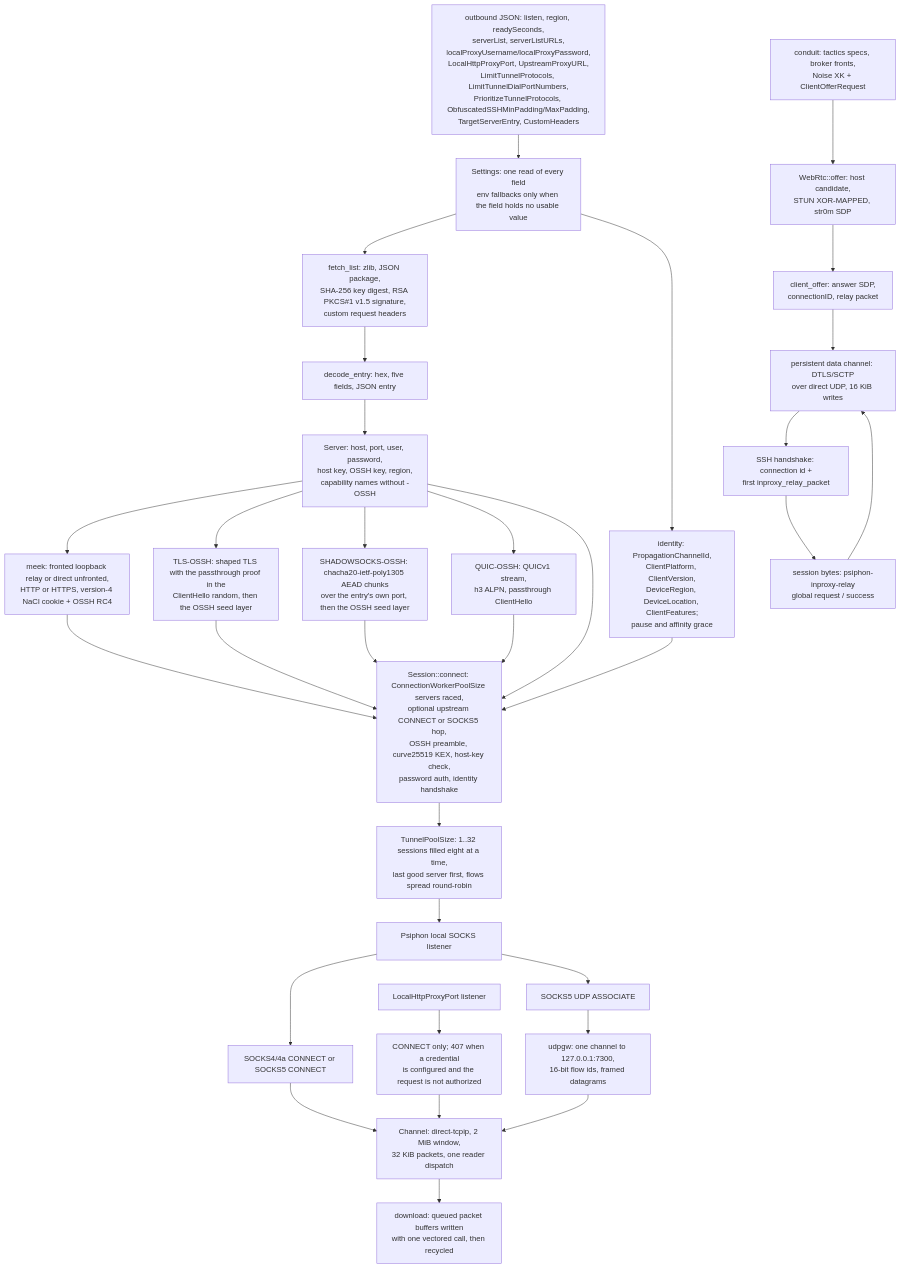
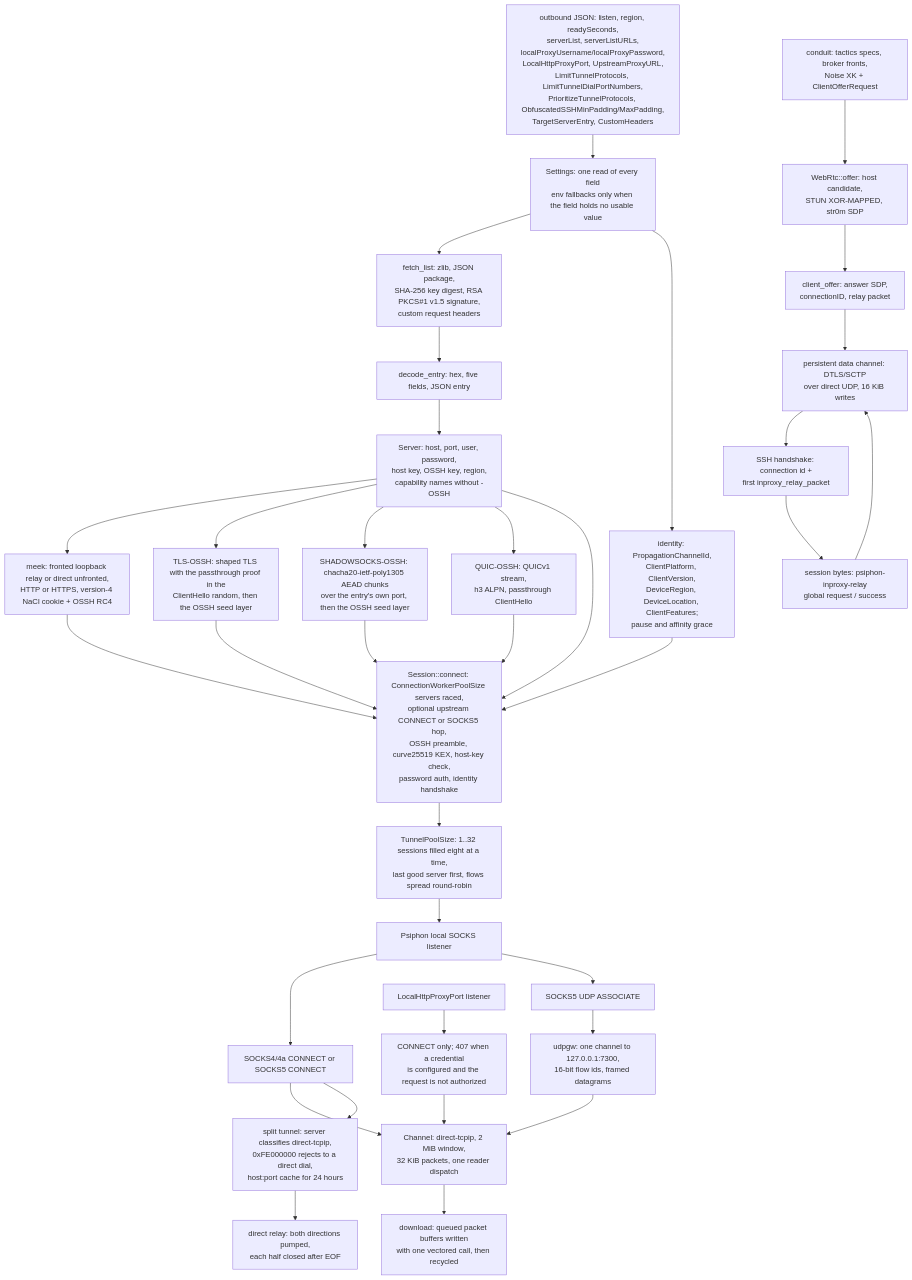
Before and after one commit to Ferrocite/ferrox: the diagram in docs/function/carrier-psiphon.md, drawn with Mermaid. The commit also changed other lines of this file and 3 other files, not shown here.

Commit message:
psiphon: split tunnel server classification

````diff
--- a/docs/function/carrier-psiphon.md
+++ b/docs/function/carrier-psiphon.md
@@ -7,34 +7,36 @@
 ```mermaid
 graph TD
     A["outbound JSON: listen, region, readySeconds,<br/>serverList, serverListURLs,<br/>localProxyUsername/localProxyPassword,<br/>LocalHttpProxyPort, UpstreamProxyURL,<br/>LimitTunnelProtocols, LimitTunnelDialPortNumbers,<br/>PrioritizeTunnelProtocols, ObfuscatedSSHMinPadding/MaxPadding,<br/>TargetServerEntry, CustomHeaders"] --> B["Settings: one read of every field<br/>env fallbacks only when the field holds no usable value"]
     B --> C["fetch_list: zlib, JSON package,<br/>SHA-256 key digest, RSA PKCS#1 v1.5 signature,<br/>custom request headers"]
     B --> B2["identity: PropagationChannelId,<br/>ClientPlatform, ClientVersion,<br/>DeviceRegion, DeviceLocation, ClientFeatures;<br/>pause and affinity grace"]
     C --> D["decode_entry: hex, five fields, JSON entry"]
     D --> E["Server: host, port, user, password,<br/>host key, OSSH key, region,<br/>capability names without -OSSH"]
     E --> E2["meek: fronted loopback relay or direct unfronted,<br/>HTTP or HTTPS, version-4 NaCl cookie + OSSH RC4"]
     E --> E3["TLS-OSSH: shaped TLS with the passthrough proof in the<br/>ClientHello random, then the OSSH seed layer"]
     E --> E4["SHADOWSOCKS-OSSH: chacha20-ietf-poly1305 AEAD chunks<br/>over the entry's own port, then the OSSH seed layer"]
     E2 --> F
     E3 --> F
     E4 --> F
     E --> E5["QUIC-OSSH: QUICv1 stream,<br/>h3 ALPN, passthrough ClientHello"]
     E5 --> F
     E --> F["Session::connect: ConnectionWorkerPoolSize servers raced,<br/>optional upstream CONNECT or SOCKS5 hop,<br/>OSSH preamble, curve25519 KEX, host-key check,<br/>password auth, identity handshake"]
     B2 --> F
     F --> P["TunnelPoolSize: 1..32 sessions filled eight at a time,<br/>last good server first, flows spread round-robin"]
     P --> G["Psiphon local SOCKS listener"]
     G --> H["SOCKS4/4a CONNECT or SOCKS5 CONNECT"]
     H --> I["Channel: direct-tcpip, 2 MiB window,<br/>32 KiB packets, one reader dispatch"]
+    H --> I2["split tunnel: server classifies direct-tcpip,<br/>0xFE000000 rejects to a direct dial,<br/>host:port cache for 24 hours"]
     I --> Z["download: queued packet buffers written<br/>with one vectored call, then recycled"]
+    I2 --> Z2["direct relay: both directions pumped,<br/>each half closed after EOF"]
     G --> J["SOCKS5 UDP ASSOCIATE"]
     J --> K["udpgw: one channel to 127.0.0.1:7300,<br/>16-bit flow ids, framed datagrams"]
     K --> I
     L["LocalHttpProxyPort listener"] --> M["CONNECT only; 407 when a credential<br/>is configured and the request is not authorized"]
     M --> I
     N["conduit: tactics specs, broker fronts,<br/>Noise XK + ClientOfferRequest"] --> O["WebRtc::offer: host candidate,<br/>STUN XOR-MAPPED, str0m SDP"]
     O --> Q["client_offer: answer SDP,<br/>connectionID, relay packet"]
     Q --> R["persistent data channel: DTLS/SCTP<br/>over direct UDP, 16 KiB writes"]
     R --> S["SSH handshake: connection id +<br/>first inproxy_relay_packet"]
     S --> T["session bytes: psiphon-inproxy-relay<br/>global request / success"]
     T --> R
 ```
````
